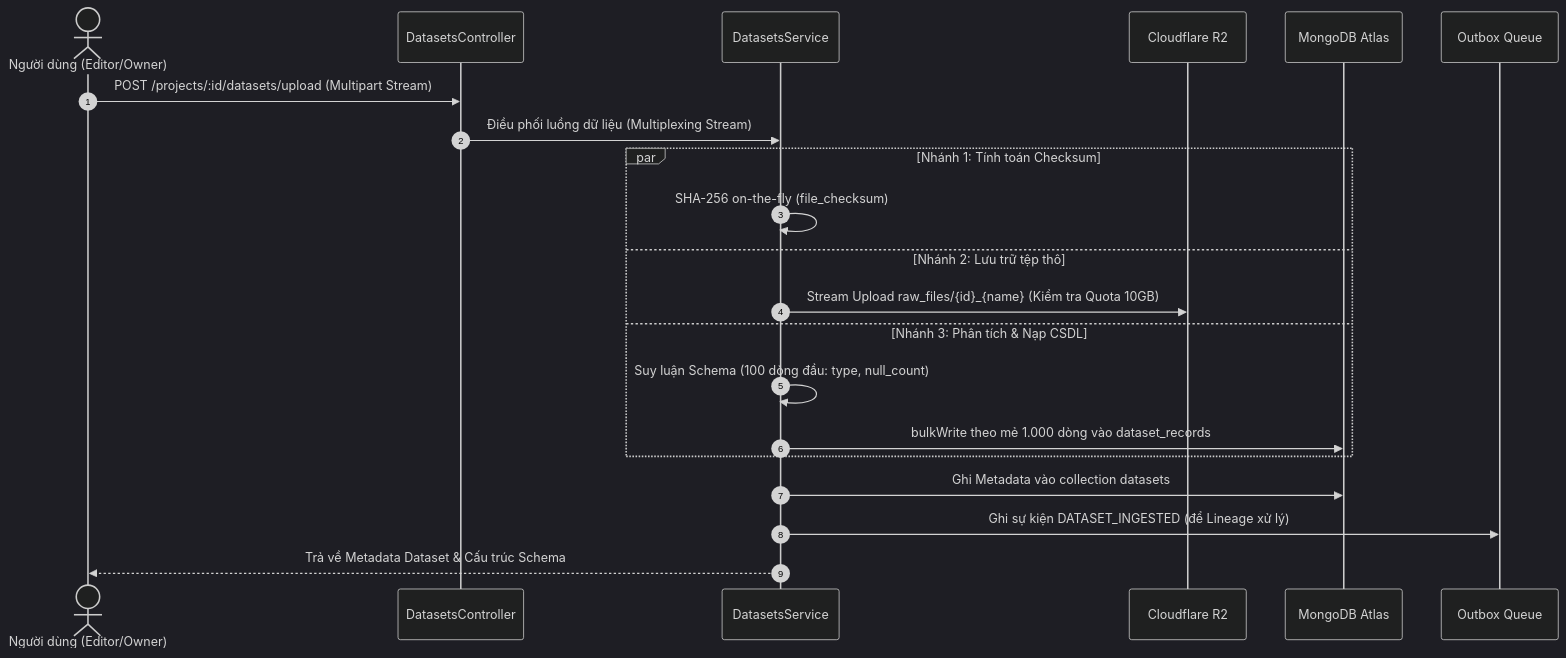
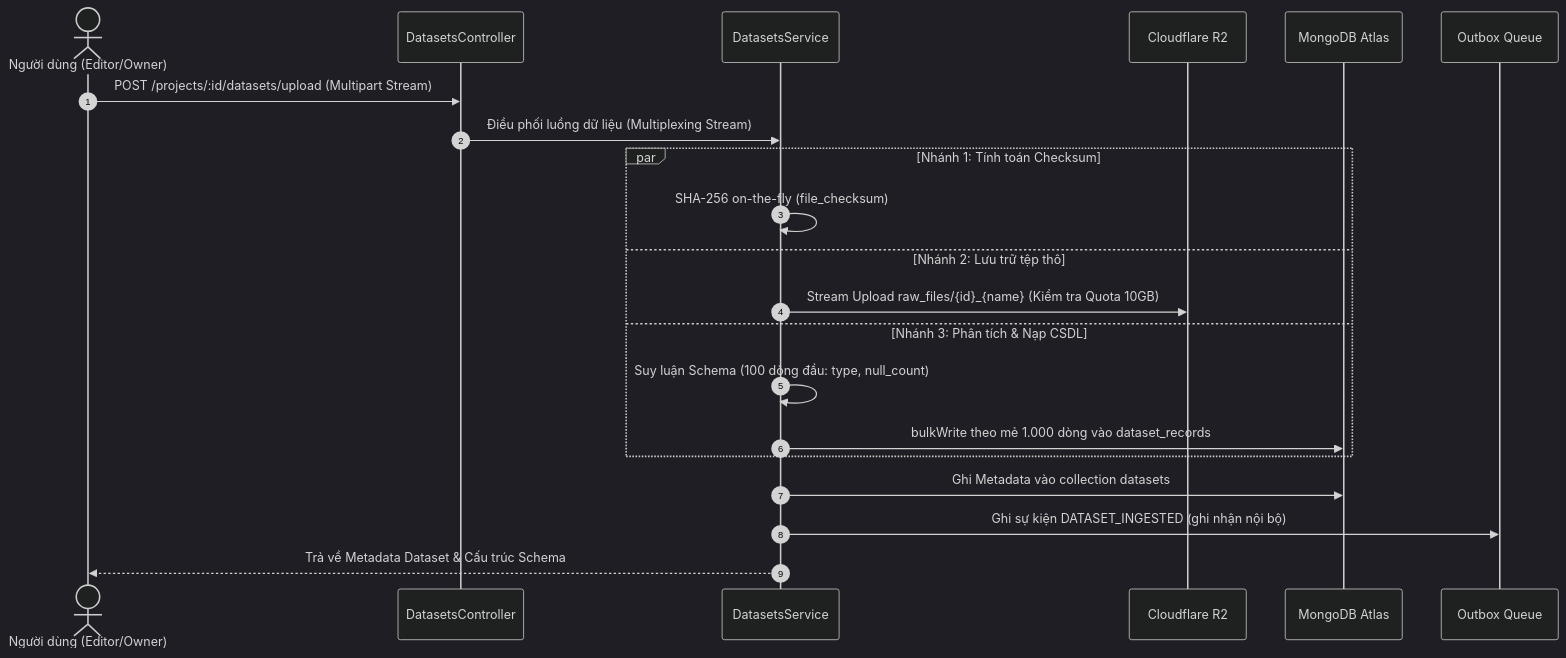
The diagram in src/backend/src/modules/datasets/README.md (tieneshoabeai/AI-systems-support-detecting-and-handling-data-quality-issues), drawn with Mermaid (dark theme) before and after one commit. The commit also changed other lines of this file and 21 other files, not shown here.

````diff
--- a/src/backend/src/modules/datasets/README.md
+++ b/src/backend/src/modules/datasets/README.md
@@ -16,26 +16,26 @@
 ```mermaid
 sequenceDiagram
     autonumber
     actor Client as Người dùng (Editor/Owner)
     participant Ctrl as DatasetsController
     participant Svc as DatasetsService
     participant R2 as Cloudflare R2
     participant Mongo as MongoDB Atlas
     participant Outbox as Outbox Queue
 
     Client->>Ctrl: POST /projects/:id/datasets/upload (Multipart Stream)
     Ctrl->>Svc: Điều phối luồng dữ liệu (Multiplexing Stream)
     
     par Nhánh 1: Tính toán Checksum
         Svc->>Svc: SHA-256 on-the-fly (file_checksum)
     and Nhánh 2: Lưu trữ tệp thô
         Svc->>R2: Stream Upload raw_files/{id}_{name} (Kiểm tra Quota 10GB)
     and Nhánh 3: Phân tích & Nạp CSDL
         Svc->>Svc: Suy luận Schema (100 dòng đầu: type, null_count)
         Svc->>Mongo: bulkWrite theo mẻ 1.000 dòng vào dataset_records
     end
 
     Svc->>Mongo: Ghi Metadata vào collection datasets
-    Svc->>Outbox: Ghi sự kiện DATASET_INGESTED (để Lineage xử lý)
+    Svc->>Outbox: Ghi sự kiện DATASET_INGESTED (ghi nhận nội bộ)
     Svc-->>Client: Trả về Metadata Dataset & Cấu trúc Schema
 ```
````
